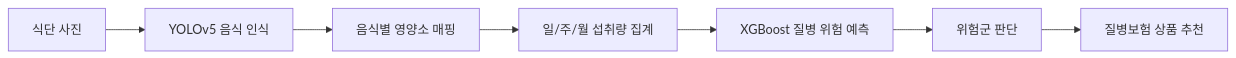
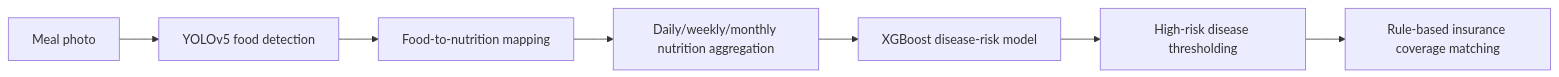
Before and after one commit to scnelMG/EveryHI-food-risk-insurance: the diagram in README.md, drawn with Mermaid. The commit also changed other lines of this file and 5 other files, not shown here.

````diff
--- a/README.md
+++ b/README.md
@@ -31,9 +42,9 @@
 ```mermaid
 flowchart LR
-    A["식단 사진"] --> B["YOLOv5 음식 인식"]
-    B --> C["음식별 영양소 매핑"]
-    C --> D["일/주/월 섭취량 집계"]
-    D --> E["XGBoost 질병 위험 예측"]
-    E --> F["위험군 판단"]
-    F --> G["질병보험 상품 추천"]
+    A["Meal photo"] --> B["YOLOv5 food detection"]
+    B --> C["Food-to-nutrition mapping"]
+    C --> D["Daily/weekly/monthly nutrition aggregation"]
+    D --> E["XGBoost disease-risk model"]
+    E --> F["High-risk disease thresholding"]
+    F --> G["Rule-based insurance coverage matching"]
 ```
````
